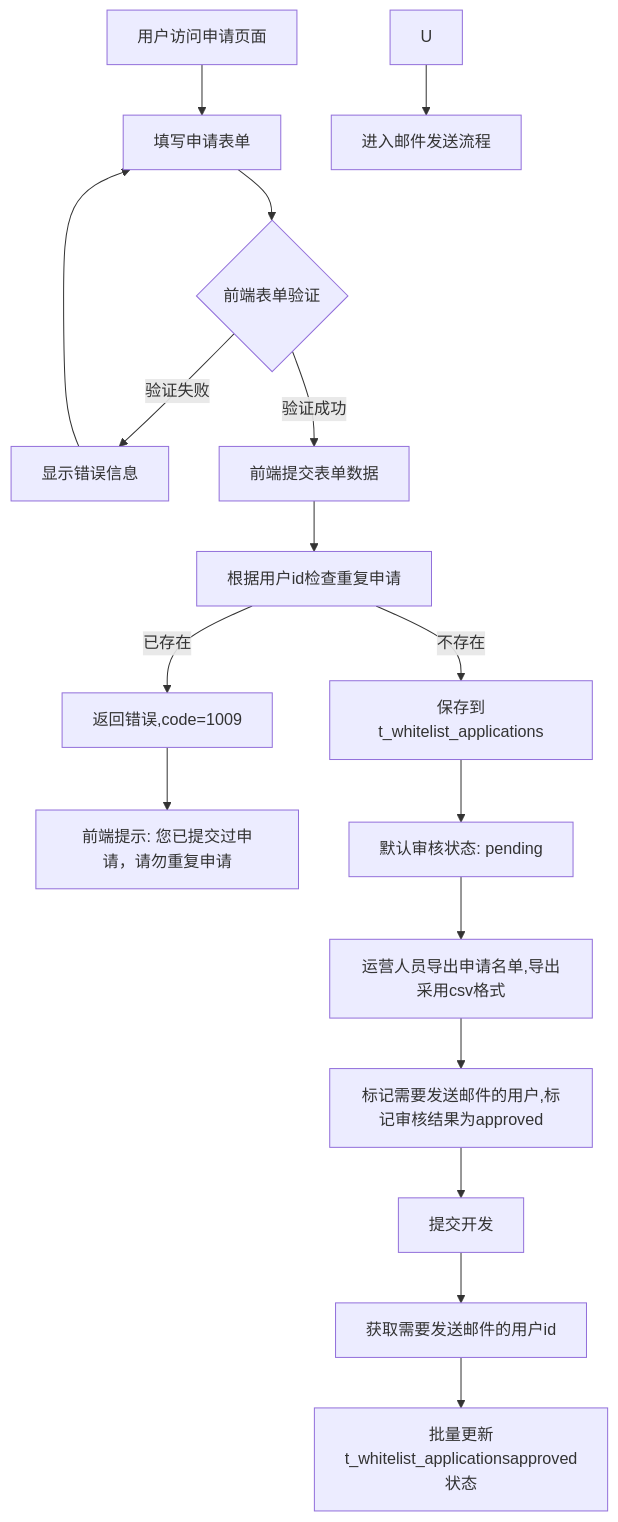
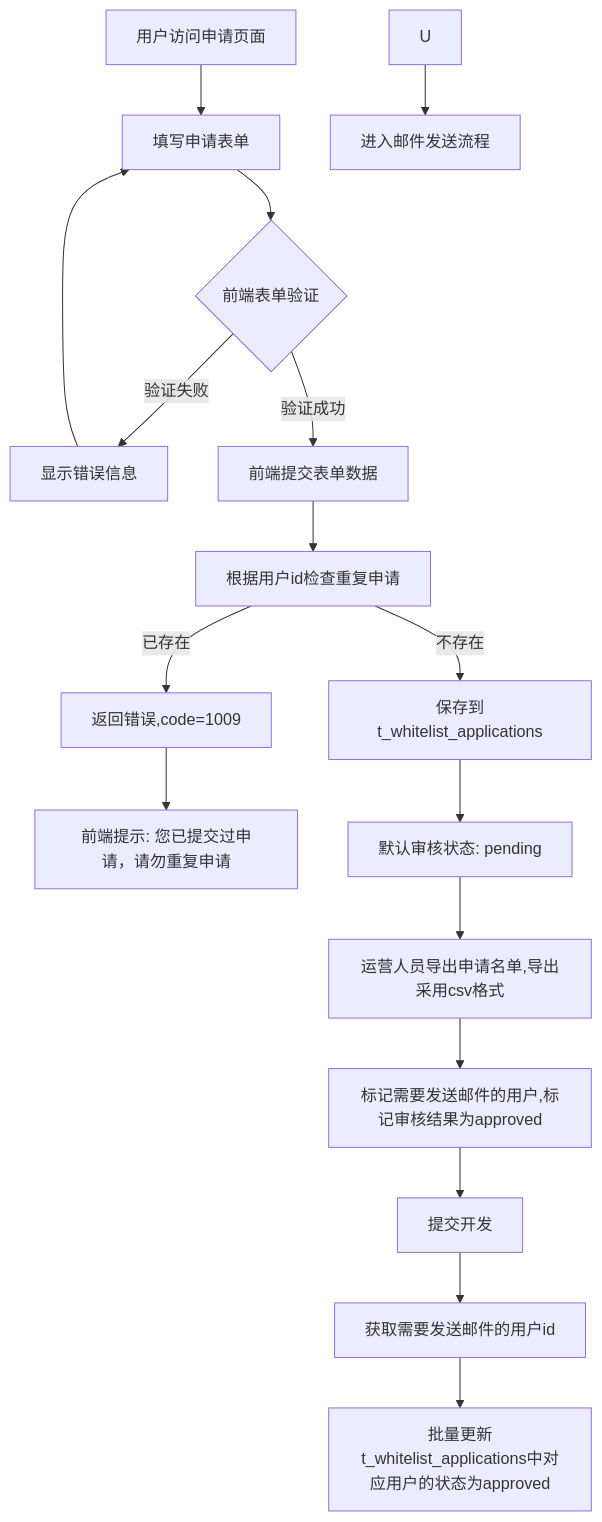
Before and after one commit to yingjianzh/iodraw-files: the diagram in all/未命名-76.md, drawn with Mermaid.

Commit message:
2025-07-08 09:52:47 update

````diff
--- a/all/未命名-76.md
+++ b/all/未命名-76.md
@@ -1,22 +1,22 @@
 ```mermaid
 
 flowchart TD
     A[用户访问申请页面] --> B[填写申请表单]
     B --> C{前端表单验证}
     C -->|验证失败| D[显示错误信息]
     D --> B
     C -->|验证成功| E[前端提交表单数据]
     E --> F[根据用户id检查重复申请]
     F -->|已存在| G[返回错误,code=1009]
     G --> H[前端提示: 您已提交过申请，请勿重复申请]
     F -->|不存在| I[保存到t_whitelist_applications]
     I --> K[默认审核状态: pending]
     
     K --> P[运营人员导出申请名单,导出采用csv格式]
     P --> S[标记需要发送邮件的用户,标记审核结果为approved]
     S --> T[提交开发]
     T --> T1[获取需要发送邮件的用户id]
-    T1--> T2[批量更新t_whitelist_applicationsapproved状态]
+    T1--> T2[批量更新t_whitelist_applications中对应用户的状态为approved]
     U --> V[进入邮件发送流程]
 
 ```
````
